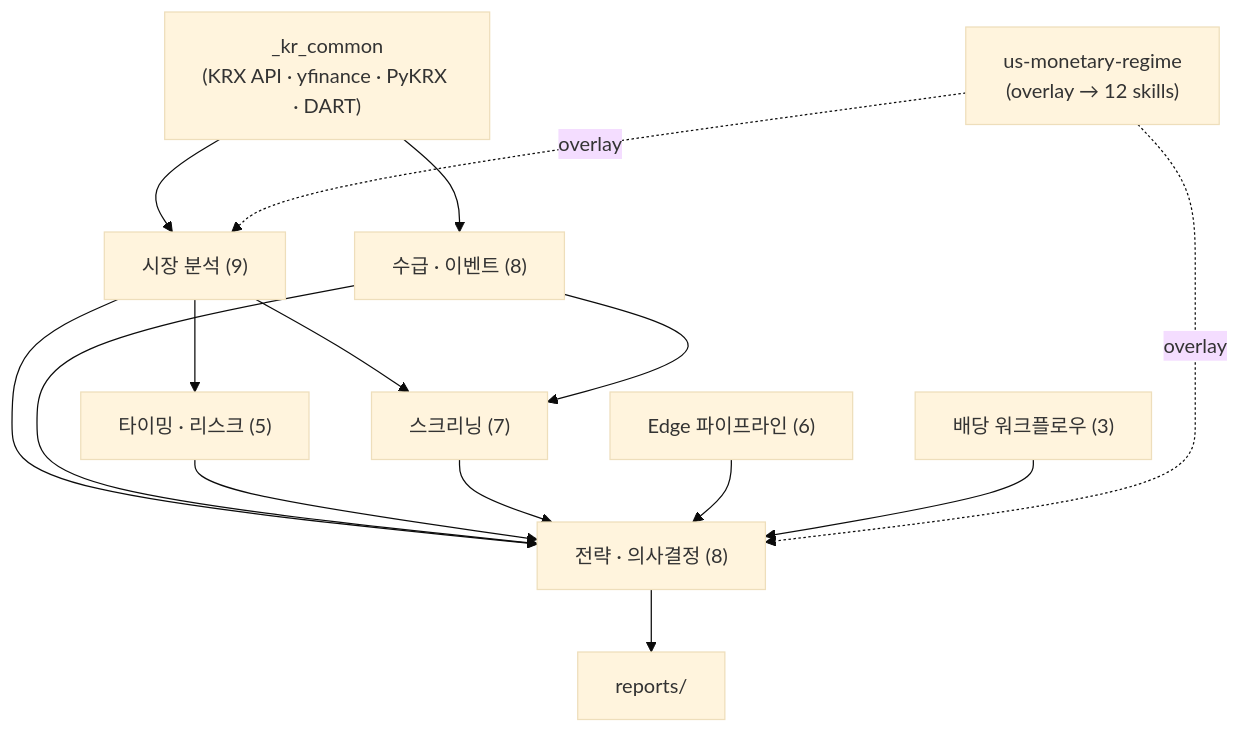
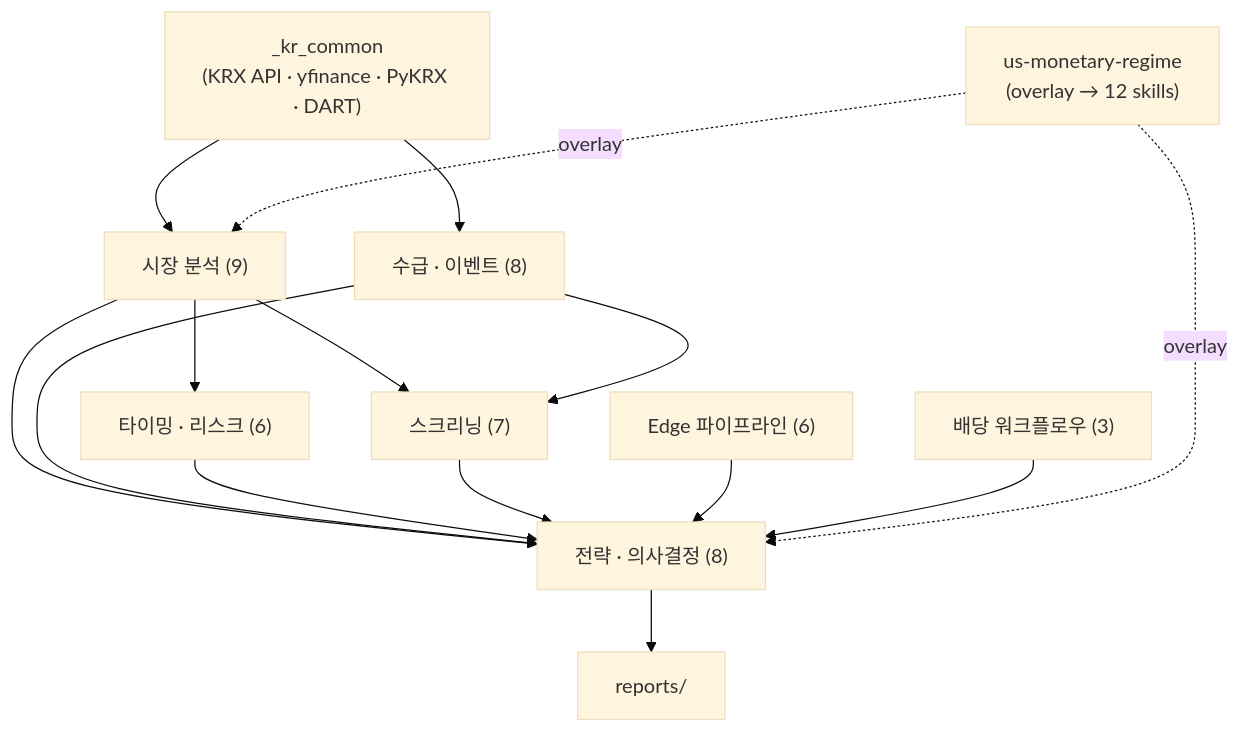
Before and after one commit to kys061/kr-stock-skills: the first of 2 diagrams in README.md, drawn with Mermaid (base theme). The commit also changed other lines of this file and 5 other files, not shown here.

````diff
--- a/README.md
+++ b/README.md
@@ -723,24 +741,24 @@
 ```mermaid
 flowchart TD
     DATA["_kr_common<br/>(KRX API · yfinance · PyKRX · DART)"]
     USM["us-monetary-regime<br/>(overlay → 12 skills)"]
 
     MI["시장 분석 (9)"]
     EVT["수급 · 이벤트 (8)"]
-    TIM["타이밍 · 리스크 (5)"]
+    TIM["타이밍 · 리스크 (6)"]
     SCR["스크리닝 (7)"]
     EDGE["Edge 파이프라인 (6)"]
     DIV["배당 워크플로우 (3)"]
     DEC["전략 · 의사결정 (8)"]
     OUT["reports/"]
 
     DATA --> MI & EVT
     MI --> TIM & SCR & DEC
     EVT --> SCR & DEC
     TIM --> DEC
     SCR --> DEC
     EDGE --> DEC
     DIV --> DEC
     USM -.->|overlay| DEC & MI
     DEC --> OUT
 ```
````
